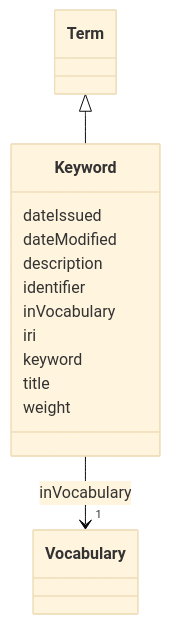
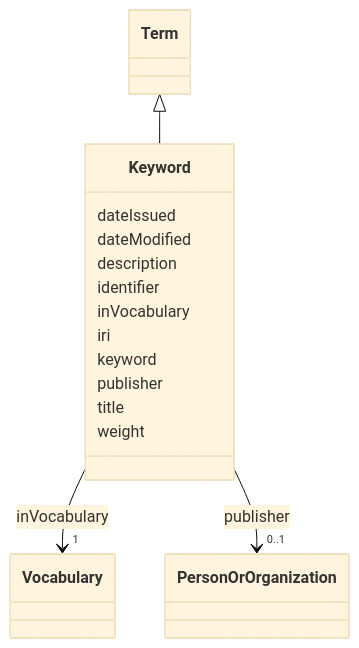
The diagram in models/docs/Keyword.md (EVORA-project/evora-ontology), drawn with Mermaid (base theme) before and after one commit. The commit also changed other lines of this file and 468 other files, not shown here.

````diff
--- a/models/docs/Keyword.md
+++ b/models/docs/Keyword.md
@@ -19,34 +19,43 @@
 ```mermaid
  classDiagram
     class Keyword
     click Keyword href "../Keyword"
       Term <|-- Keyword
         click Term href "../Term"
       
       Keyword : dateIssued
         
       Keyword : dateModified
         
       Keyword : description
         
       Keyword : identifier
         
       Keyword : inVocabulary
         
           
     
     
     Keyword --> "1" Vocabulary : inVocabulary
     click Vocabulary href "../Vocabulary"
 
         
       Keyword : iri
         
       Keyword : keyword
         
+      Keyword : publisher
+        
+          
+    
+    
+    Keyword --> "0..1" PersonOrOrganization : publisher
+    click PersonOrOrganization href "../PersonOrOrganization"
+
+        
       Keyword : title
         
       Keyword : weight
         
       
 ```
````
